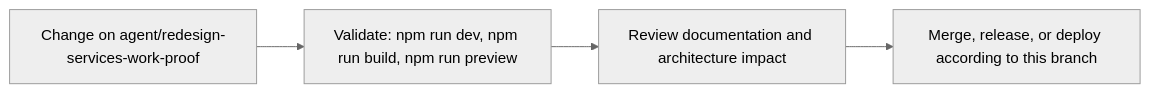
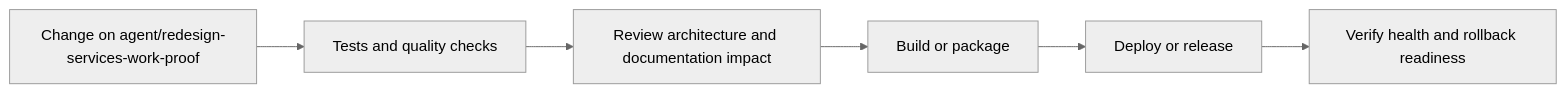
One commit to Nischhalsubba/nischhalsubba.com.np changed the fifth of 6 diagrams in README.md. Above: the diagram before and after it, drawn with Mermaid (neutral theme). The commit also changed other lines of this file, not shown here.

````diff
--- a/README.md
+++ b/README.md
@@ -85,8 +179,8 @@
 ```mermaid
 flowchart LR
-    CHANGE["Change on agent/redesign-services-work-proof"]
-    CHECK["Validate: npm run dev, npm run build, npm run preview"]
-    REVIEW["Review documentation and architecture impact"]
-    RELEASE["Merge, release, or deploy according to this branch"]
-    CHANGE --> CHECK --> REVIEW --> RELEASE
+    CHANGE["Change on agent/redesign-services-work-proof"] --> CHECK["Tests and quality checks"]
+    CHECK --> REVIEW["Review architecture and documentation impact"]
+    REVIEW --> BUILD["Build or package"]
+    BUILD --> DEPLOY["Deploy or release"]
+    DEPLOY --> VERIFY["Verify health and rollback readiness"]
 ```
````
